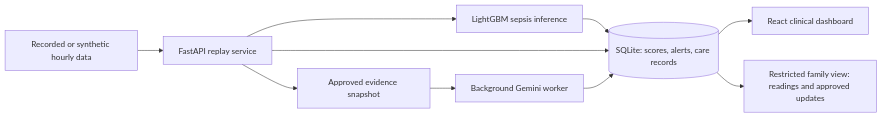
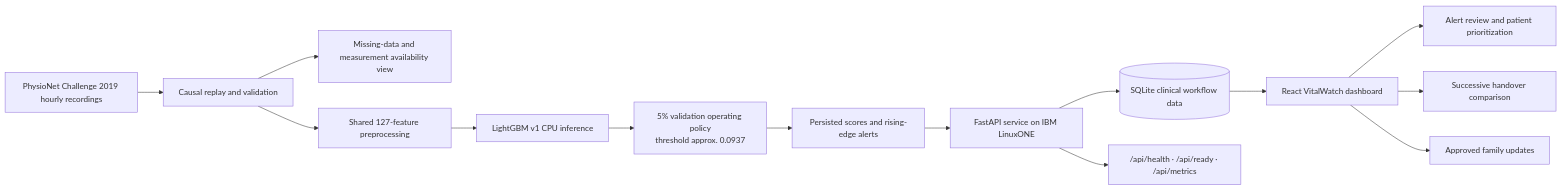
Before and after one commit to ponskigila-hub/vital-watch: the diagram in README.md, drawn with Mermaid. The commit also changed other lines of this file and 2 other files, not shown here.

````diff
--- a/README.md
+++ b/README.md
@@ -48,12 +29,16 @@
 ```mermaid
 flowchart LR
-    PSV[Recorded or synthetic hourly data] --> API[FastAPI replay service]
-    API --> Model[LightGBM sepsis inference]
-    Model --> DB[(SQLite: scores, alerts, care records)]
-    API --> DB
-    DB --> UI[React clinical dashboard]
-    API --> Snapshot[Approved evidence snapshot]
-    Snapshot --> Worker[Background Gemini worker]
-    Worker --> DB
-    DB --> Family[Restricted family view: readings and approved updates]
+    A[PhysioNet Challenge 2019 hourly recordings] --> B[Causal replay and validation]
+    B --> C[Missing-data and measurement availability view]
+    B --> D[Shared 127-feature preprocessing]
+    D --> E[LightGBM v1 CPU inference]
+    E --> F[5% validation operating policy\nthreshold approx. 0.0937]
+    F --> G[Persisted scores and rising-edge alerts]
+    G --> H[FastAPI service on IBM LinuxONE]
+    H --> I[(SQLite clinical workflow data)]
+    I --> J[React VitalWatch dashboard]
+    J --> K[Alert review and patient prioritization]
+    J --> L[Successive handover comparison]
+    J --> M[Approved family updates]
+    H --> N["/api/health · /api/ready · /api/metrics"]
 ```
````
